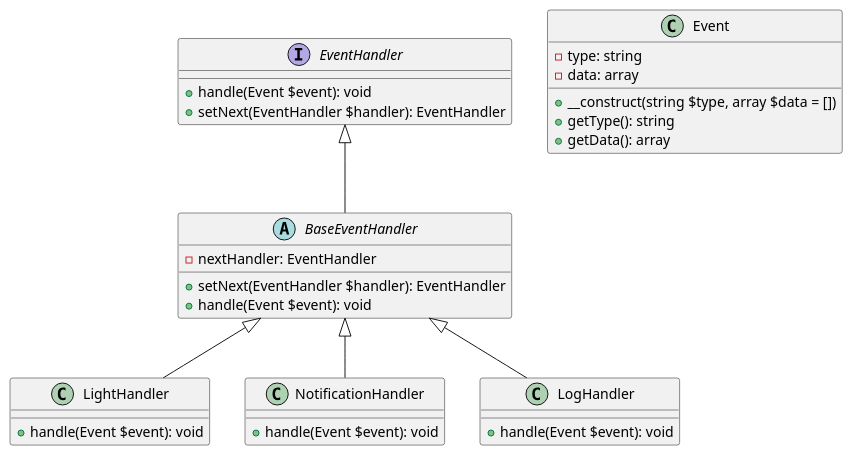
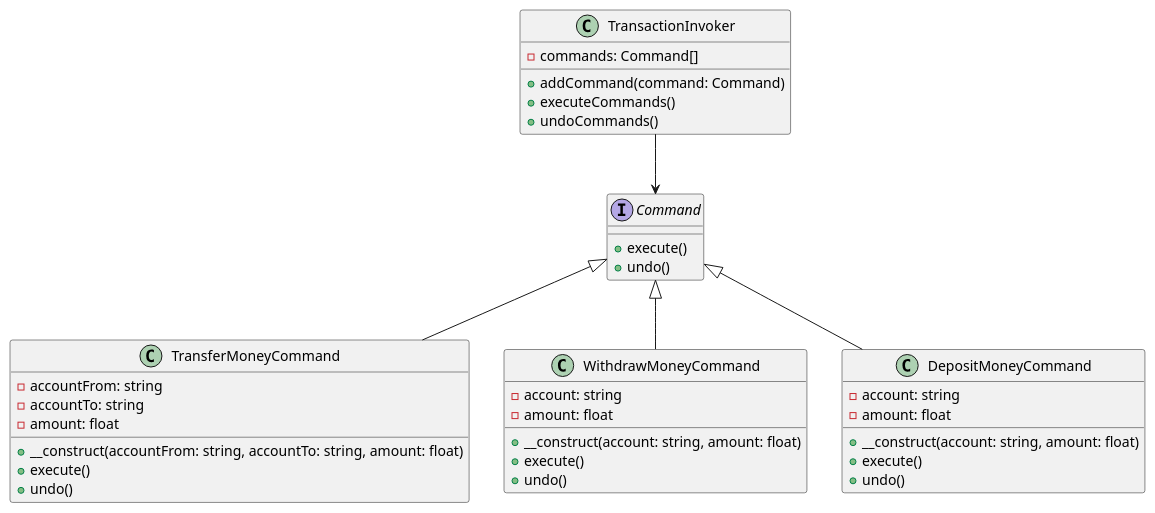
One commit to andrewovchinnikov/design-patterns changed the diagram in klassifikaciya-patternov/povedencheskie-patterny-behavioral-patterns/komanda-command/primery/upravlenie-tranzakciyami-v-baze-dannykh/php.md. Above: the diagram before and after it, drawn with PlantUML. The commit also changed other lines of this file and 5 other files, not shown here.

````diff
--- a/klassifikaciya-patternov/povedencheskie-patterny-behavioral-patterns/komanda-command/primery/upravlenie-tranzakciyami-v-baze-dannykh/php.md
+++ b/klassifikaciya-patternov/povedencheskie-patterny-behavioral-patterns/komanda-command/primery/upravlenie-tranzakciyami-v-baze-dannykh/php.md
@@ -123,39 +148,47 @@
 ```plantuml
 @startuml
-interface EventHandler {
-    +handle(Event $event): void
-    +setNext(EventHandler $handler): EventHandler
+
+interface Command {
+    +execute()
+    +undo()
 }
 
-abstract class BaseEventHandler {
-    -nextHandler: EventHandler
-    +setNext(EventHandler $handler): EventHandler
-    +handle(Event $event): void
+class TransferMoneyCommand {
+    -accountFrom: string
+    -accountTo: string
+    -amount: float
+    +__construct(accountFrom: string, accountTo: string, amount: float)
+    +execute()
+    +undo()
 }
 
-class LightHandler {
-    +handle(Event $event): void
+class WithdrawMoneyCommand {
+    -account: string
+    -amount: float
+    +__construct(account: string, amount: float)
+    +execute()
+    +undo()
 }
 
-class NotificationHandler {
-    +handle(Event $event): void
+class DepositMoneyCommand {
+    -account: string
+    -amount: float
+    +__construct(account: string, amount: float)
+    +execute()
+    +undo()
 }
 
-class LogHandler {
-    +handle(Event $event): void
+class TransactionInvoker {
+    -commands: Command[]
+    +addCommand(command: Command)
+    +executeCommands()
+    +undoCommands()
 }
 
-class Event {
-    -type: string
-    -data: array
-    +__construct(string $type, array $data = [])
-    +getType(): string
-    +getData(): array
-}
+Command <|-- TransferMoneyCommand
+Command <|-- WithdrawMoneyCommand
+Command <|-- DepositMoneyCommand
+TransactionInvoker --> Command
 
-EventHandler <|-- BaseEventHandler
-BaseEventHandler <|-- LightHandler
-BaseEventHandler <|-- NotificationHandler
-BaseEventHandler <|-- LogHandler
 @enduml
 ```
````
